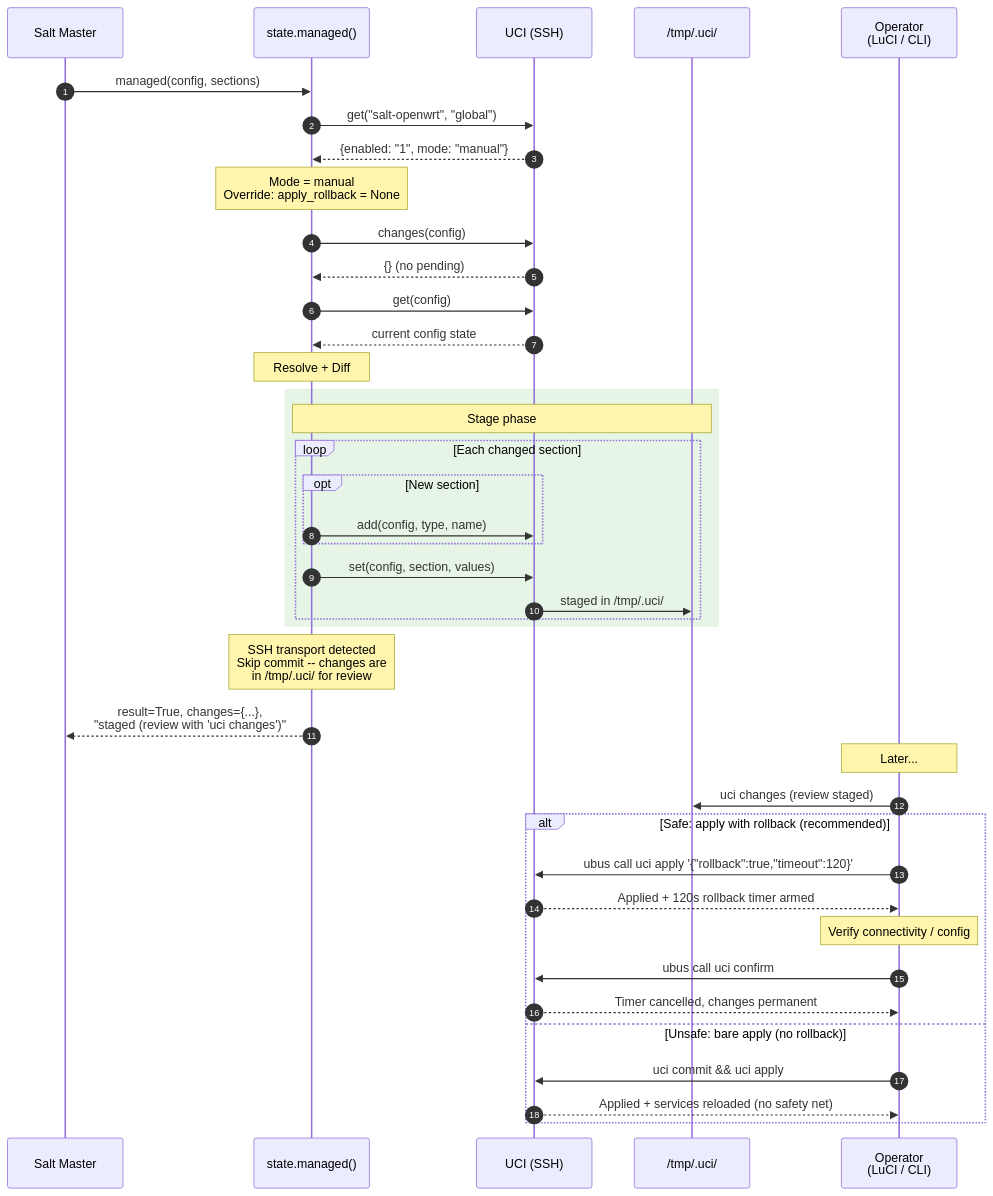
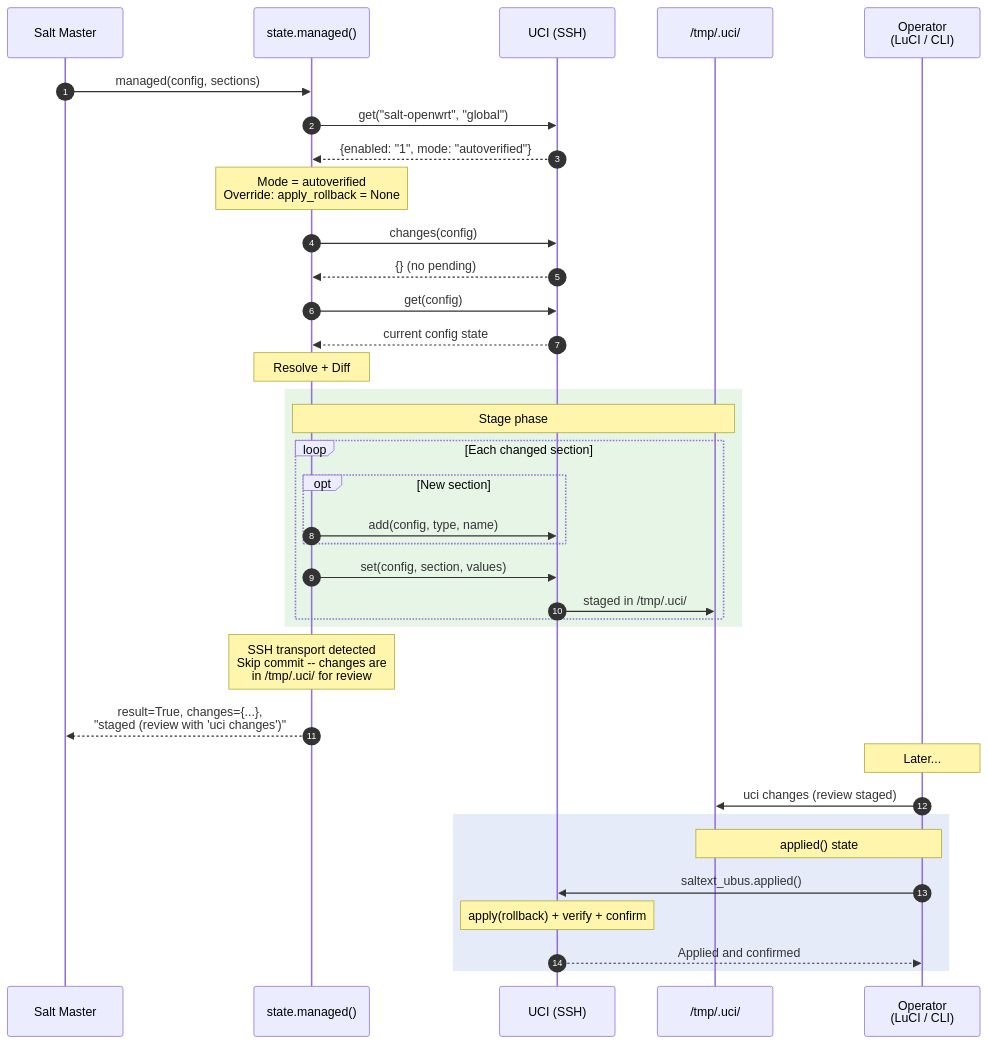
Before and after one commit to cprima-homelab/saltext-openwrt-ubus: the third of 7 diagrams in docs/topics/managed-flow.md, drawn with Mermaid. The commit also changed other lines of this file and 6 other files, not shown here.

````diff
--- a/docs/topics/managed-flow.md
+++ b/docs/topics/managed-flow.md
@@ -146,52 +139,48 @@
 ```{mermaid}
 sequenceDiagram
     autonumber
     participant Master as Salt Master
     participant State as state.managed()
     participant UCI as UCI (SSH)
     participant Device as /tmp/.uci/
     participant Human as Operator<br/>(LuCI / CLI)
 
     Master->>State: managed(config, sections)
     State->>UCI: get("salt-openwrt", "global")
-    UCI-->>State: {enabled: "1", mode: "manual"}
+    UCI-->>State: {enabled: "1", mode: "autoverified"}
 
-    Note over State: Mode = manual<br/>Override: apply_rollback = None
+    Note over State: Mode = autoverified<br/>Override: apply_rollback = None
 
     State->>UCI: changes(config)
     UCI-->>State: {} (no pending)
 
     State->>UCI: get(config)
     UCI-->>State: current config state
 
     Note over State: Resolve + Diff
 
     rect rgb(230, 245, 230)
         Note over State,Device: Stage phase
         loop Each changed section
             opt New section
                 State->>UCI: add(config, type, name)
             end
             State->>UCI: set(config, section, values)
             UCI->>Device: staged in /tmp/.uci/
         end
     end
 
     Note over State: SSH transport detected<br/>Skip commit -- changes are<br/>in /tmp/.uci/ for review
 
     State-->>Master: result=True, changes={...},<br/>"staged (review with 'uci changes')"
 
     Note over Human: Later...
     Human->>Device: uci changes (review staged)
 
-    alt Safe: apply with rollback (recommended)
-        Human->>UCI: ubus call uci apply '{"rollback":true,"timeout":120}'
-        UCI-->>Human: Applied + 120s rollback timer armed
-        Note over Human: Verify connectivity / config
-        Human->>UCI: ubus call uci confirm
-        UCI-->>Human: Timer cancelled, changes permanent
-    else Unsafe: bare apply (no rollback)
-        Human->>UCI: uci commit && uci apply
-        UCI-->>Human: Applied + services reloaded (no safety net)
+    rect rgb(230, 235, 250)
+        Note over Human,Device: applied() state
+        Human->>UCI: saltext_ubus.applied()
+        Note over UCI: apply(rollback) + verify + confirm
+        UCI-->>Human: Applied and confirmed
     end
 ```
````
